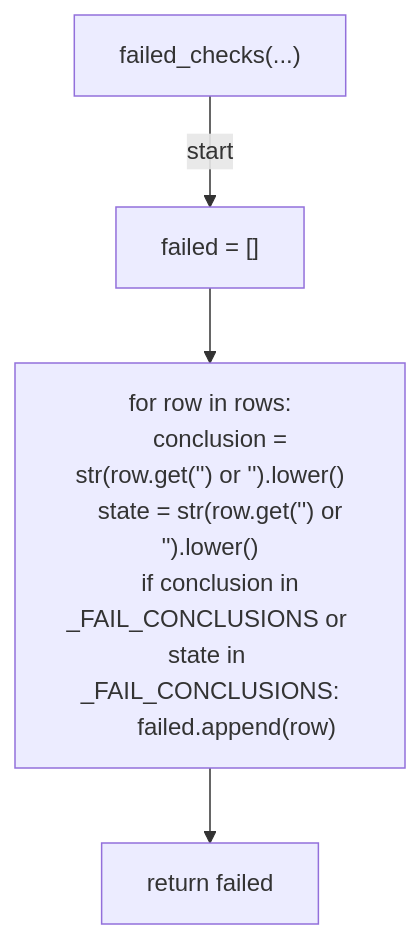
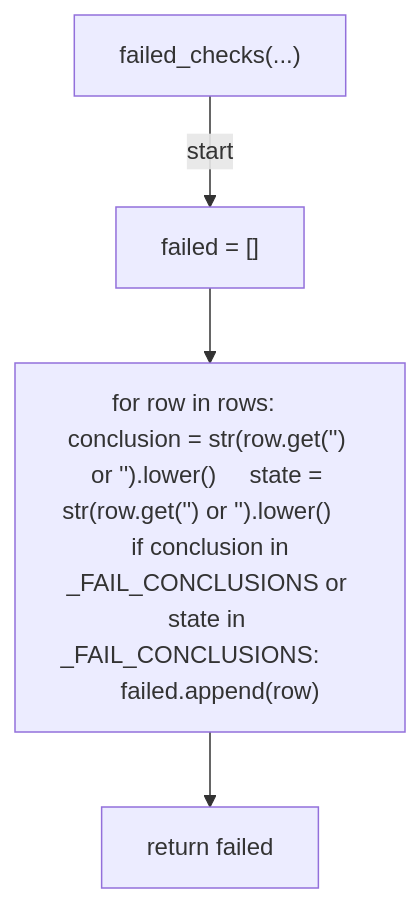
The seventh of 11 diagrams in docs/generated/scripts/ast/ci_early_status_probe.md (tvna/claude-md), drawn with Mermaid before and after one commit. The commit also changed other lines of this file and 20 other files, not shown here.

First line of the commit message:
docs(generated): regenerate decision tree and workflow diagrams (batch 1/5)

````diff
--- a/docs/generated/scripts/ast/ci_early_status_probe.md
+++ b/docs/generated/scripts/ast/ci_early_status_probe.md
@@ -213,14 +192,10 @@
 ```mermaid
 flowchart TD
     N001["failed_checks(...)"]
     N002["failed = []"]
-    N003["for row in rows:
-    conclusion = str(row.get('<str>') or '<str>').lower()
-    state = str(row.get('<str>') or '<str>').lower()
-    if conclusion in _FAIL_CONCLUSIONS or state in _FAIL_CONCLUSIONS:
-        failed.append(row)"]
+    N003["for row in rows:     conclusion = str(row.get('<str>') or '<str>').lower()     state = str(row.get('<str>') or '<str>').lower()     if conclusion in _FAIL_CONCLUSIONS or state in _FAIL_CONCLUSIONS:         failed.append(row)"]
     N004["return failed"]
     N001 -->|"start"| N002
     N002 --> N003
     N003 --> N004
 ```
````
